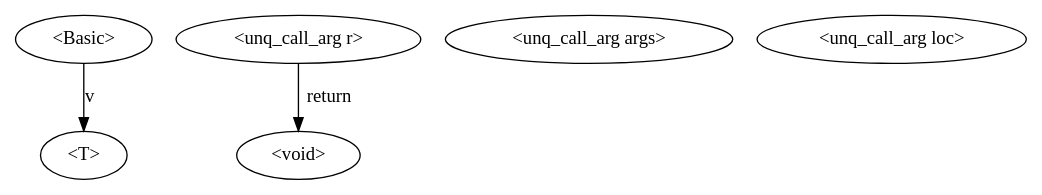
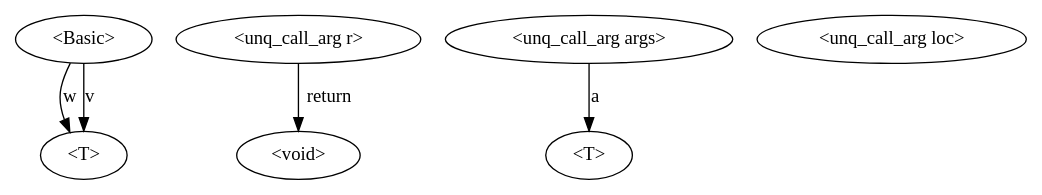
Before and after one commit to varivera/aliasing-java: the diagram in AliasingImpl/source/test.dot, drawn with Graphviz. The commit also changed 4 other files, not shown here.

```diff
--- a/AliasingImpl/source/test.dot
+++ b/AliasingImpl/source/test.dot
@@ -1,10 +1,13 @@
 digraph G {
-n0->n9 [label="v"]
+n0->n6 [label="w"]
+n0->n6 [label="v"]
 n0[label="<Basic>"]
-n9[label="<T>"]
+n6[label="<T>"]
 n3->n4 [label="return"]
 n3[label="<unq_call_arg r>"]
 n4[label="<void>"]
+n1->n5 [label="a"]
 n1[label="<unq_call_arg args>"]
+n5[label="<T>"]
 n2[label="<unq_call_arg loc>"]
 }
```
